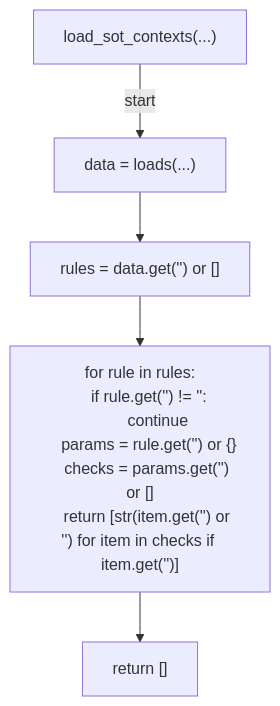
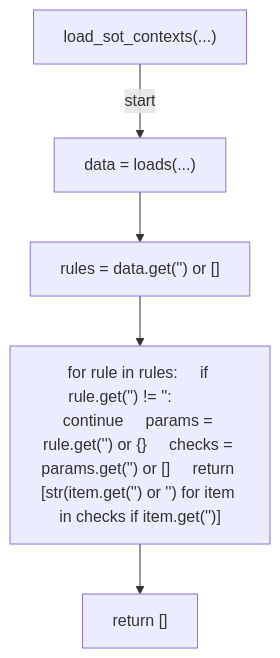
One commit to tvna/claude-md changed the first of 8 diagrams in docs/generated/scripts/ast/verify_required_check_contexts.md. Above: the diagram before and after it, drawn with Mermaid. The commit also changed other lines of this file and 15 other files, not shown here.

First line of the commit message:
docs(generated): regenerate decision tree and workflow diagrams (batch 5/5)

````diff
--- a/docs/generated/scripts/ast/verify_required_check_contexts.md
+++ b/docs/generated/scripts/ast/verify_required_check_contexts.md
@@ -7,17 +7,12 @@
 ```mermaid
 flowchart TD
     N001["load_sot_contexts(...)"]
     N002["data = loads(...)"]
     N003["rules = data.get('<str>') or []"]
-    N004["for rule in rules:
-    if rule.get('<str>') != '<str>':
-        continue
-    params = rule.get('<str>') or {}
-    checks = params.get('<str>') or []
-    return [str(item.get('<str>') or '<str>') for item in checks if item.get('<str>')]"]
+    N004["for rule in rules:     if rule.get('<str>') != '<str>':         continue     params = rule.get('<str>') or {}     checks = params.get('<str>') or []     return [str(item.get('<str>') or '<str>') for item in checks if item.get('<str>')]"]
     N005["return []"]
     N001 -->|"start"| N002
     N002 --> N003
     N003 --> N004
     N004 --> N005
 ```
````
